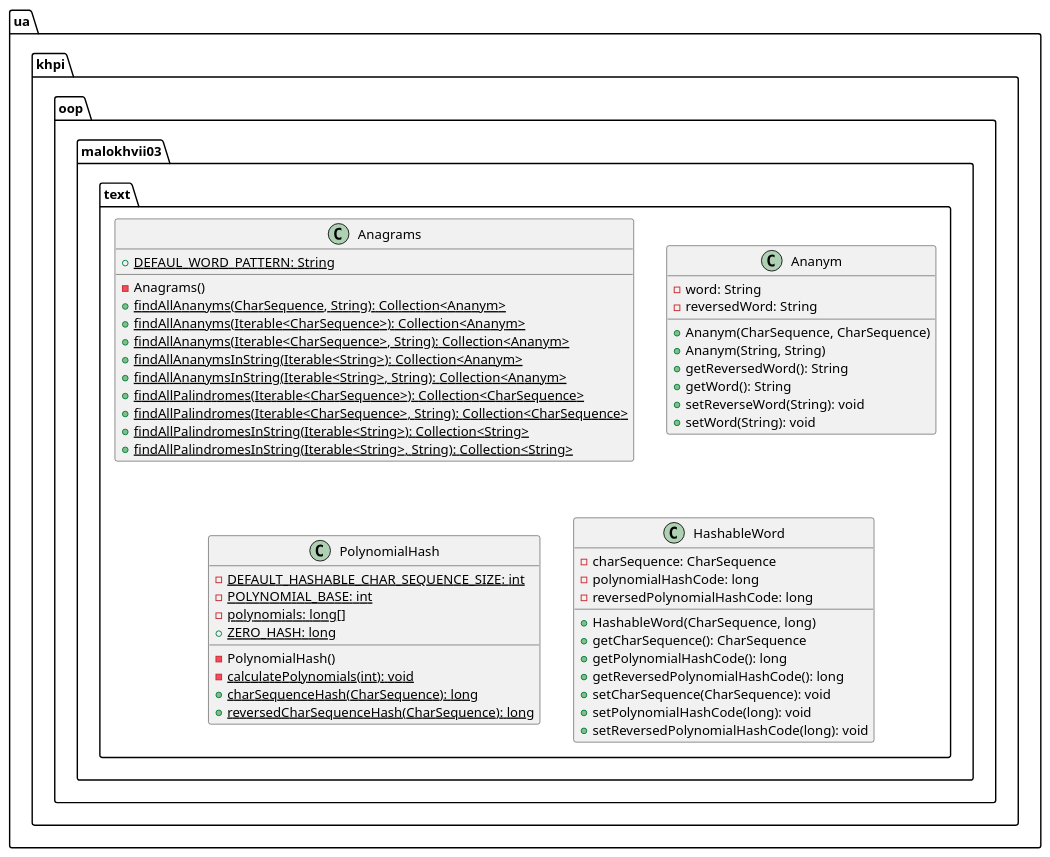
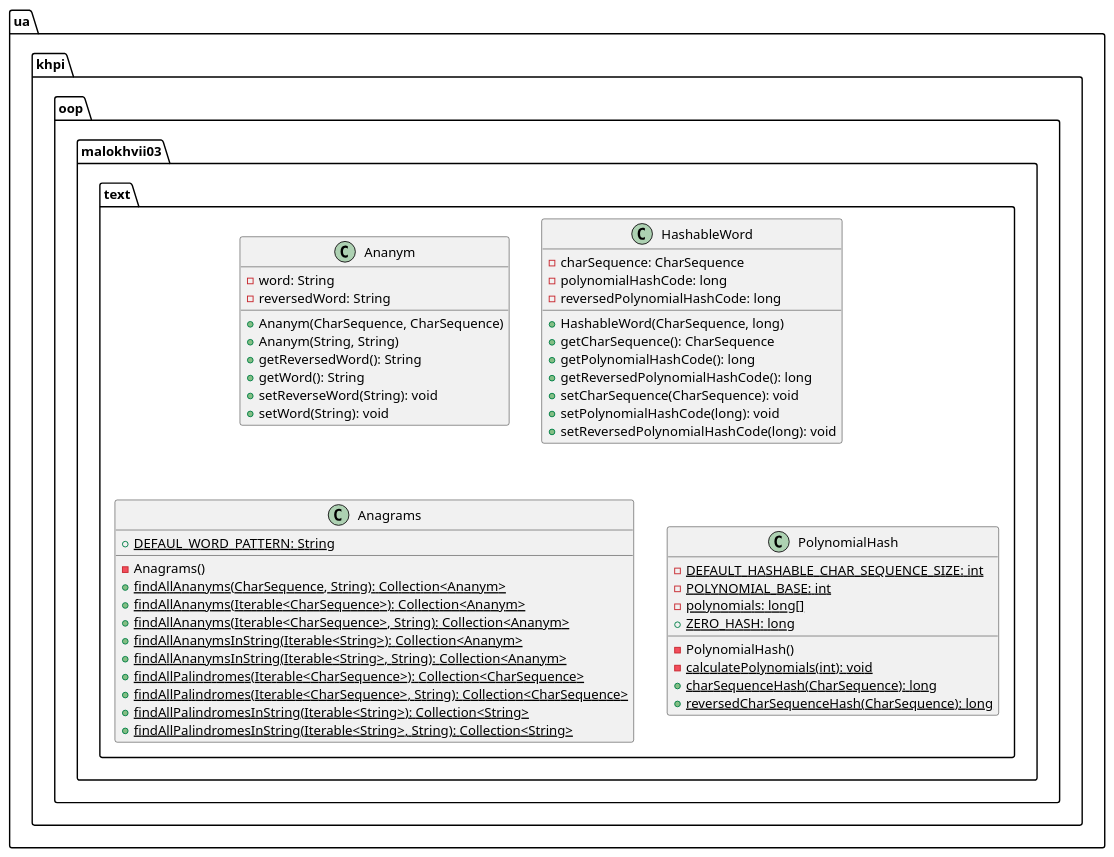
One commit to P-Kalin/kit26a changed the diagram in malokhvii-eduard/malokhvii03/doc/plantuml/ua/khpi/oop/malokhvii03/text/package.puml. Above: the diagram before and after it, drawn with PlantUML. The commit also changed other lines of this file and 5 other files, not shown here.

Commit message:
#1, #3 malokhvii03: update graphs

```diff
--- a/malokhvii-eduard/malokhvii03/doc/plantuml/ua/khpi/oop/malokhvii03/text/package.puml
+++ b/malokhvii-eduard/malokhvii03/doc/plantuml/ua/khpi/oop/malokhvii03/text/package.puml
@@ -1,56 +1,56 @@
 @startuml
 
     namespace ua.khpi.oop.malokhvii03.text {
+
+        class Ananym {
+            -word: String
+            -reversedWord: String
+            +Ananym(CharSequence, CharSequence)
+            +Ananym(String, String)
+            +getReversedWord(): String
+            +getWord(): String
+            +setReverseWord(String): void
+            +setWord(String): void
+        }
+
+        class HashableWord {
+            -charSequence: CharSequence
+            -polynomialHashCode: long
+            -reversedPolynomialHashCode: long
+            +HashableWord(CharSequence, long)
+            +getCharSequence(): CharSequence
+            +getPolynomialHashCode(): long
+            +getReversedPolynomialHashCode(): long
+            +setCharSequence(CharSequence): void
+            +setPolynomialHashCode(long): void
+            +setReversedPolynomialHashCode(long): void
+        }
 
         class Anagrams {
             {static} +DEFAUL_WORD_PATTERN: String
             -Anagrams()
             {static} +findAllAnanyms(CharSequence, String): Collection<Ananym>
             {static} +findAllAnanyms(Iterable<CharSequence>): Collection<Ananym>
             {static} +findAllAnanyms(Iterable<CharSequence>, String): Collection<Ananym>
             {static} +findAllAnanymsInString(Iterable<String>): Collection<Ananym>
             {static} +findAllAnanymsInString(Iterable<String>, String): Collection<Ananym>
             {static} +findAllPalindromes(Iterable<CharSequence>): Collection<CharSequence>
             {static} +findAllPalindromes(Iterable<CharSequence>, String): Collection<CharSequence>
             {static} +findAllPalindromesInString(Iterable<String>): Collection<String>
             {static} +findAllPalindromesInString(Iterable<String>, String): Collection<String>
         }
 
-        class Ananym {
-            -word: String
-            -reversedWord: String
-            +Ananym(CharSequence, CharSequence)
-            +Ananym(String, String)
-            +getReversedWord(): String
-            +getWord(): String
-            +setReverseWord(String): void
-            +setWord(String): void
-        }
-
         class PolynomialHash {
             {static} -DEFAULT_HASHABLE_CHAR_SEQUENCE_SIZE: int
             {static} -POLYNOMIAL_BASE: int
             {static} -polynomials: long[]
             {static} +ZERO_HASH: long
             -PolynomialHash()
             {static} -calculatePolynomials(int): void
             {static} +charSequenceHash(CharSequence): long
             {static} +reversedCharSequenceHash(CharSequence): long
         }
 
-        class HashableWord {
-            -charSequence: CharSequence
-            -polynomialHashCode: long
-            -reversedPolynomialHashCode: long
-            +HashableWord(CharSequence, long)
-            +getCharSequence(): CharSequence
-            +getPolynomialHashCode(): long
-            +getReversedPolynomialHashCode(): long
-            +setCharSequence(CharSequence): void
-            +setPolynomialHashCode(long): void
-            +setReversedPolynomialHashCode(long): void
-        }
-
     }
 
 @enduml
```
